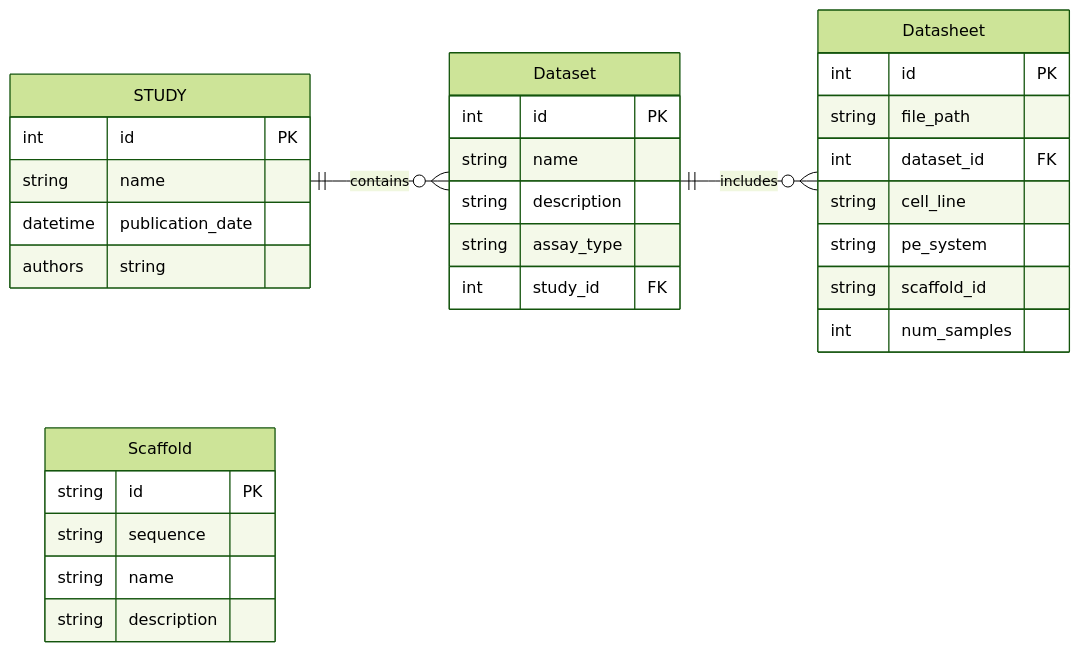
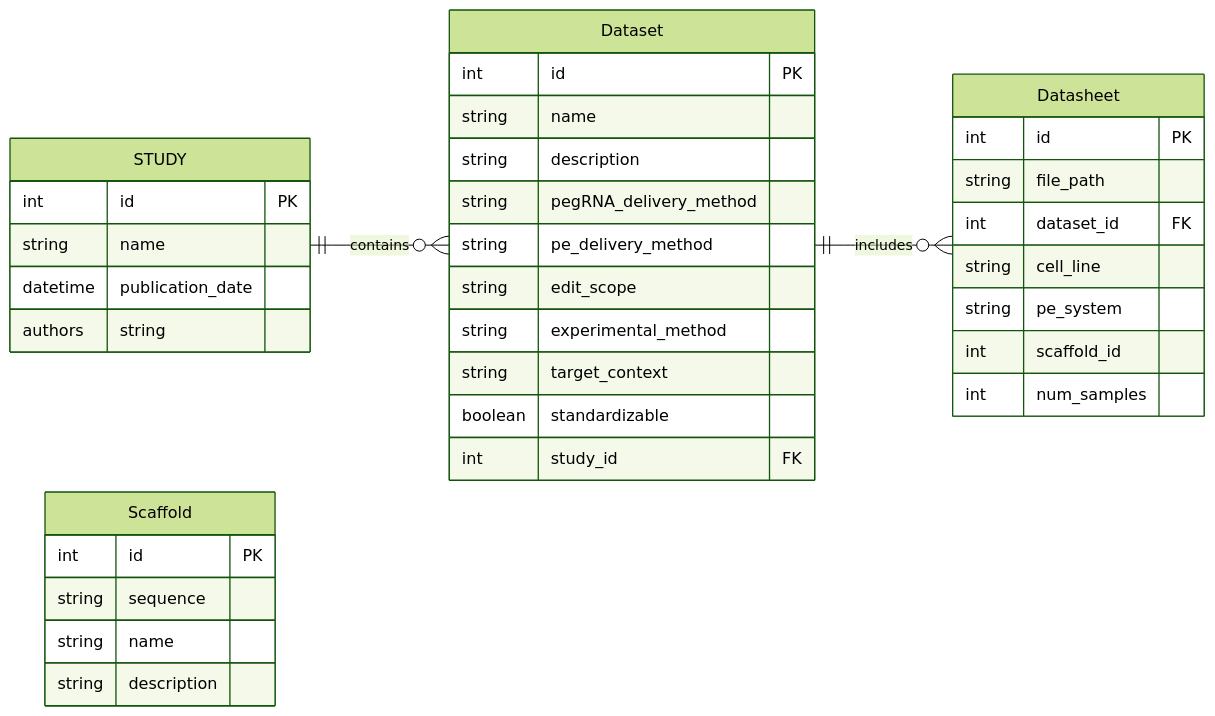
Before and after one commit to PeihengLu/pe-hub: the diagram in diagrams/illustration/database_er.mmd, drawn with Mermaid. The commit also changed 10 other files, not shown here.

```diff
--- a/diagrams/illustration/database_er.mmd
+++ b/diagrams/illustration/database_er.mmd
@@ -1,41 +1,46 @@
 ---
 config:
   theme: 'forest'
 ---
 
 erDiagram
     direction LR
     STUDY {
         int id PK
         string name
         datetime publication_date
         authors string
     }
 
     Dataset {
         int id PK
         string name
         string description
-        string assay_type
+        string pegRNA_delivery_method
+        string pe_delivery_method
+        string edit_scope
+        string experimental_method
+        string target_context
+        boolean standardizable
         int study_id FK
     }
 
     Datasheet {
         int id PK
         string file_path
         int dataset_id FK
         string cell_line
         string pe_system
-        string scaffold_id
+        int scaffold_id
         int num_samples
     }
 
     Scaffold {
-        string id PK
+        int id PK
         string sequence
         string name
         string description
     }
 
     STUDY ||--o{ Dataset: contains
     Dataset ||--o{ Datasheet: includes
```
